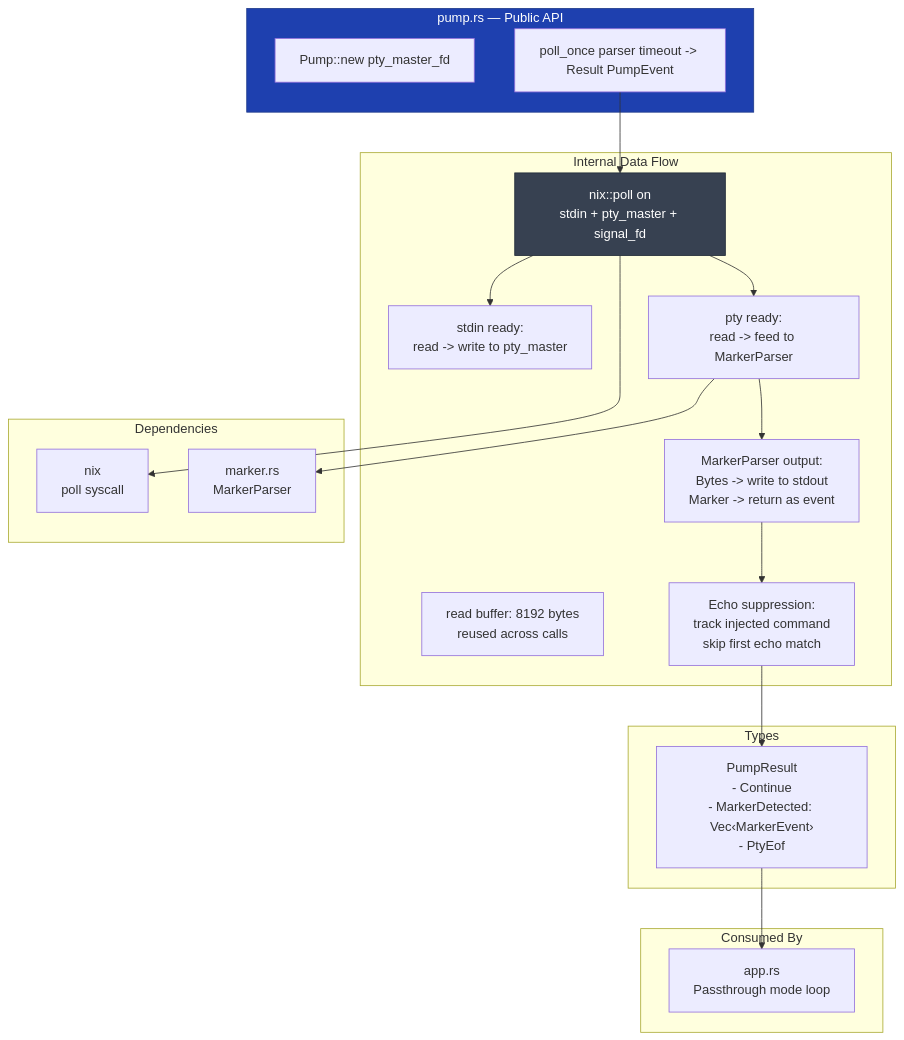
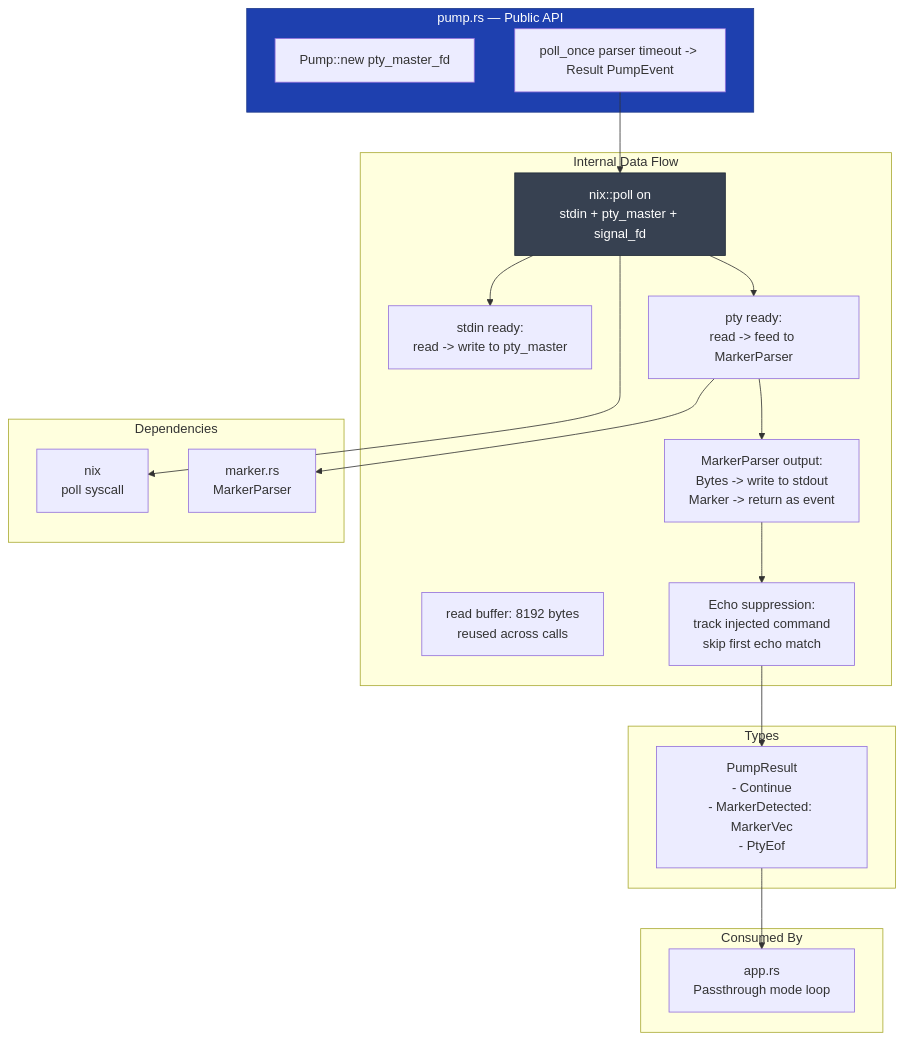
The diagram in docs/mvp/06-module-pump.mermaid (ex1tium/wrashpty), drawn with Mermaid before and after one commit. The commit also changed 4 other files, not shown here.

```diff
--- a/docs/mvp/06-module-pump.mermaid
+++ b/docs/mvp/06-module-pump.mermaid
@@ -1,42 +1,42 @@
 graph TB
     subgraph pump_public["pump.rs — Public API"]
         new_pump["Pump::new pty_master_fd"]
         poll_once["poll_once parser timeout -> Result PumpEvent"]
     end
 
     subgraph pump_types["Types"]
-        event["PumpResult\n- Continue\n- MarkerDetected: Vec‹MarkerEvent›\n- PtyEof"]
+        event["PumpResult\n- Continue\n- MarkerDetected: MarkerVec\n- PtyEof"]
     end
 
     subgraph pump_internal["Internal Data Flow"]
         buf_in["read buffer: 8192 bytes\nreused across calls"]
         poll_call["nix::poll on\nstdin + pty_master + signal_fd"]
         stdin_path["stdin ready:\nread -> write to pty_master"]
         pty_path["pty ready:\nread -> feed to MarkerParser"]
         marker_check["MarkerParser output:\nBytes -> write to stdout\nMarker -> return as event"]
         echo_sup["Echo suppression:\ntrack injected command\nskip first echo match"]
     end
 
     poll_once --> poll_call
     poll_call --> stdin_path
     poll_call --> pty_path
     pty_path --> marker_check
     marker_check --> echo_sup
     echo_sup --> event
 
     subgraph pump_deps["Dependencies"]
         d_nix["nix\npoll syscall"]
         d_marker["marker.rs\nMarkerParser"]
     end
 
     poll_call --> d_nix
     pty_path --> d_marker
 
     subgraph pump_consumers["Consumed By"]
         c_app["app.rs\nPassthrough mode loop"]
     end
 
     event --> c_app
 
     style pump_public fill:#1e40af,stroke:#1e3a8a,color:#fff
     style poll_call fill:#374151,stroke:#1f2937,color:#fff
```
